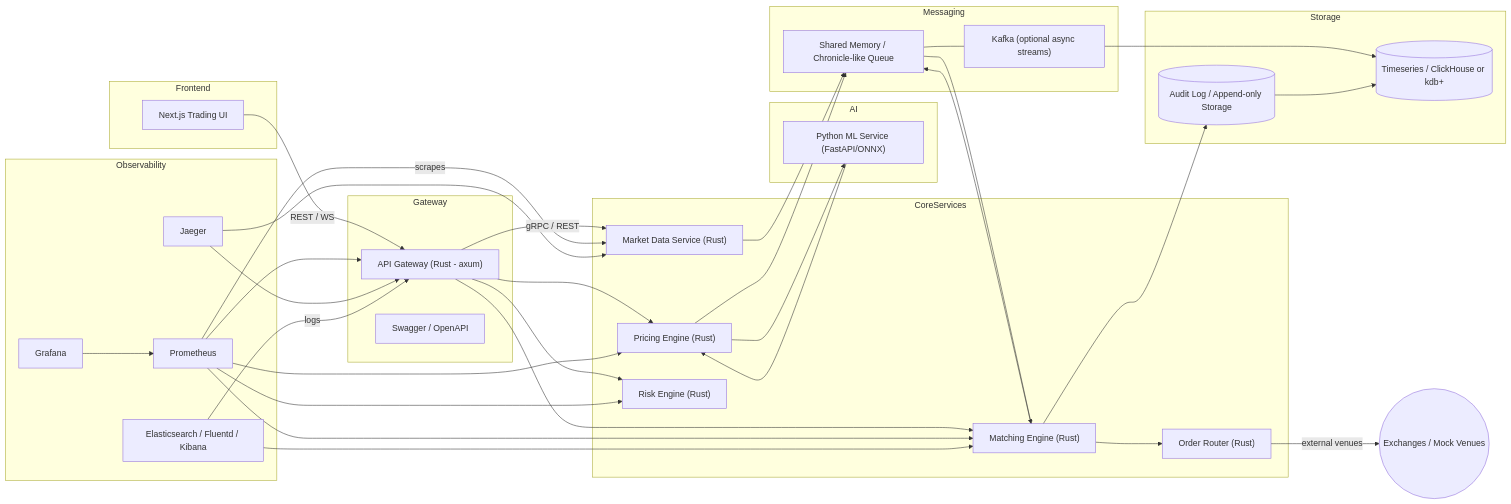
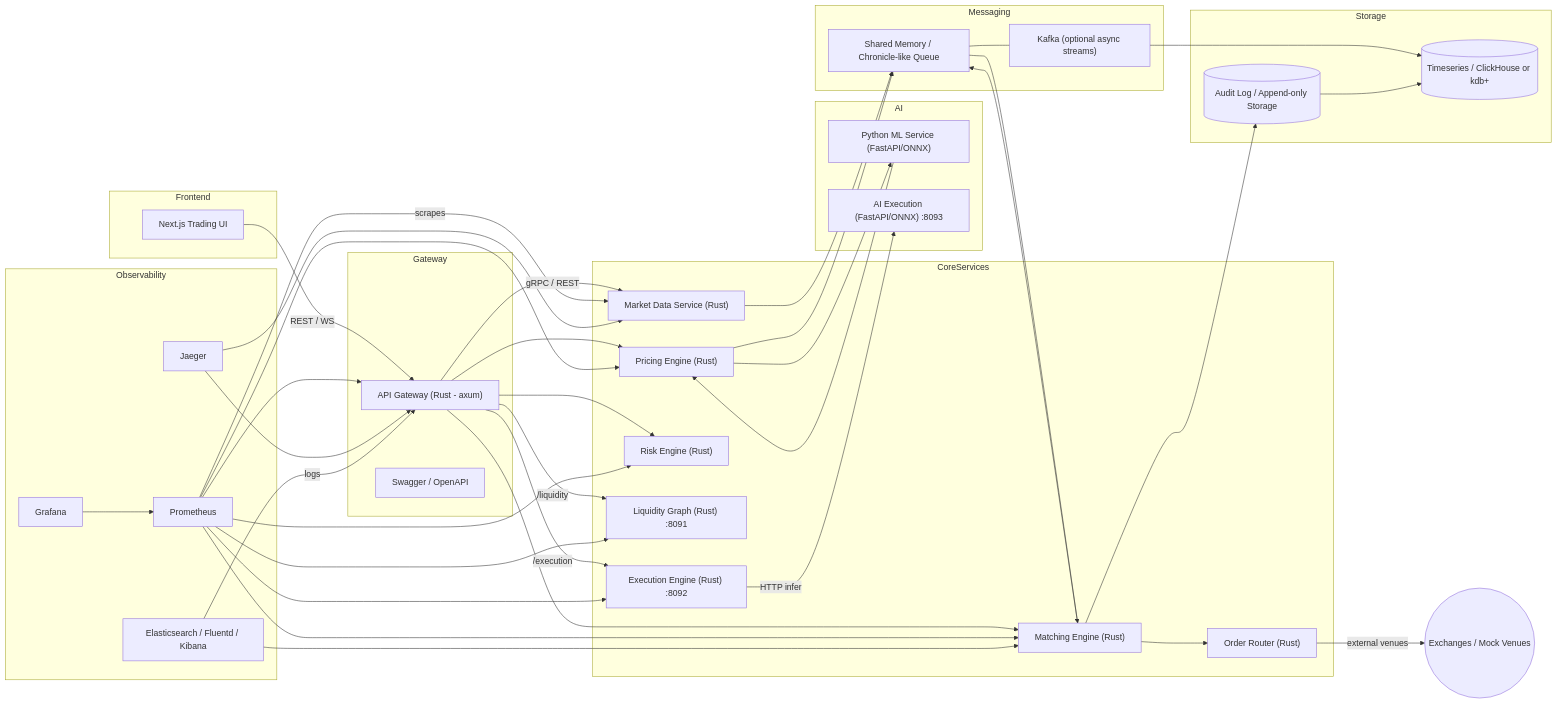
The diagram in flow-fx-et.md (rabbittrix/Ultra-Low-Latency-FX-eTrading-Platform), drawn with Mermaid before and after one commit. The commit also changed 15514 other files, not shown here.

````diff
--- a/flow-fx-et.md
+++ b/flow-fx-et.md
@@ -3,70 +3,78 @@
 ```mermaid
 flowchart LR
     subgraph Frontend
         UI[Next.js Trading UI]
     end
 
     subgraph Gateway
         GW["API Gateway (Rust - axum)"]
         SW["Swagger / OpenAPI"]
     end
 
     subgraph CoreServices
         MD["Market Data Service (Rust)"]
         PR["Pricing Engine (Rust)"]
         ME["Matching Engine (Rust)"]
         RK["Risk Engine (Rust)"]
         OR["Order Router (Rust)"]
+        LG["Liquidity Graph (Rust) :8091"]
+        EX["Execution Engine (Rust) :8092"]
     end
 
     subgraph AI
         PY["Python ML Service (FastAPI/ONNX)"]
+        AIX["AI Execution (FastAPI/ONNX) :8093"]
     end
 
     subgraph Messaging
         MQ["Shared Memory / Chronicle-like Queue"]
         KAF["Kafka (optional async streams)"]
     end
 
     subgraph Observability
         PROM[Prometheus]
         GRAF[Grafana]
         JAEG[Jaeger]
         EFK[Elasticsearch / Fluentd / Kibana]
     end
 
     subgraph Storage
         AUDIT[(Audit Log / Append-only Storage)]
         TSDB[(Timeseries / ClickHouse or kdb+)]
     end
 
     EXTERNAL((Exchanges / Mock Venues))
 
     UI -->|REST / WS| GW
     GW -->|gRPC / REST| MD
     GW --> PR
     GW --> ME
     GW --> RK
+    GW -->|/liquidity| LG
+    GW -->|/execution| EX
+    EX -->|HTTP infer| AIX
     MD --> MQ
     PR --> MQ
     MQ --> ME
     ME --> MQ
     ME --> OR
     OR -->|external venues| EXTERNAL
     PR --> PY
     PY --> PR
     ME --> AUDIT
     PROM -->|scrapes| MD
     PROM --> PR
     PROM --> ME
     PROM --> RK
     PROM --> GW
+    PROM --> LG
+    PROM --> EX
     GRAF --> PROM
     JAEG --> GW
     JAEG --> MD
     EFK -->|logs| GW
     EFK --> ME
     MQ --- KAF
     KAF --> TSDB
     AUDIT --> TSDB
 ```
````
